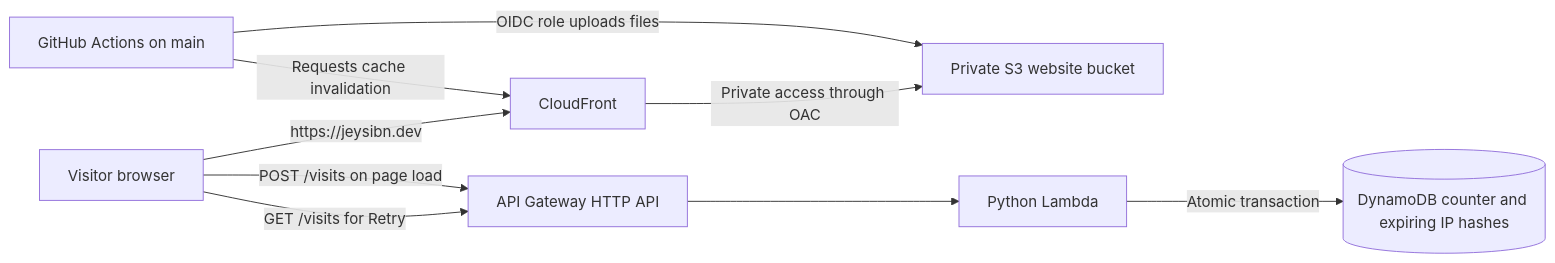
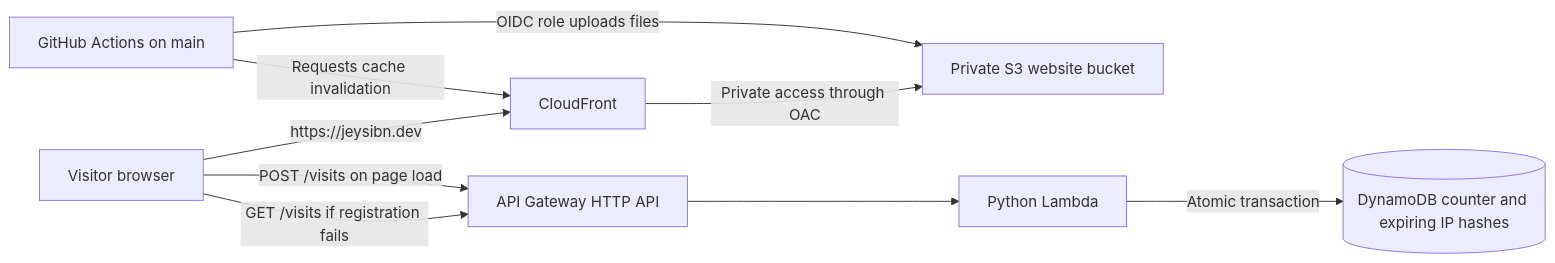
The diagram in docs/architecture.md (Jeysibn/cloud-resume-challenge), drawn with Mermaid before and after one commit. The commit also changed other lines of this file and 8 other files, not shown here.

````diff
--- a/docs/architecture.md
+++ b/docs/architecture.md
@@ -7,19 +7,19 @@
 ```mermaid
 flowchart LR
     B[Visitor browser]
     CF[CloudFront]
     S3[Private S3 website bucket]
     API[API Gateway HTTP API]
     L[Python Lambda]
     DB[(DynamoDB counter and expiring IP hashes)]
     GH[GitHub Actions on main]
 
     B -->|https://jeysibn.dev| CF
     CF -->|Private access through OAC| S3
     B -->|POST /visits on page load| API
-    B -->|GET /visits for Retry| API
+    B -->|GET /visits if registration fails| API
     API --> L
     L -->|Atomic transaction| DB
     GH -->|OIDC role uploads files| S3
     GH -->|Requests cache invalidation| CF
 ```
````
